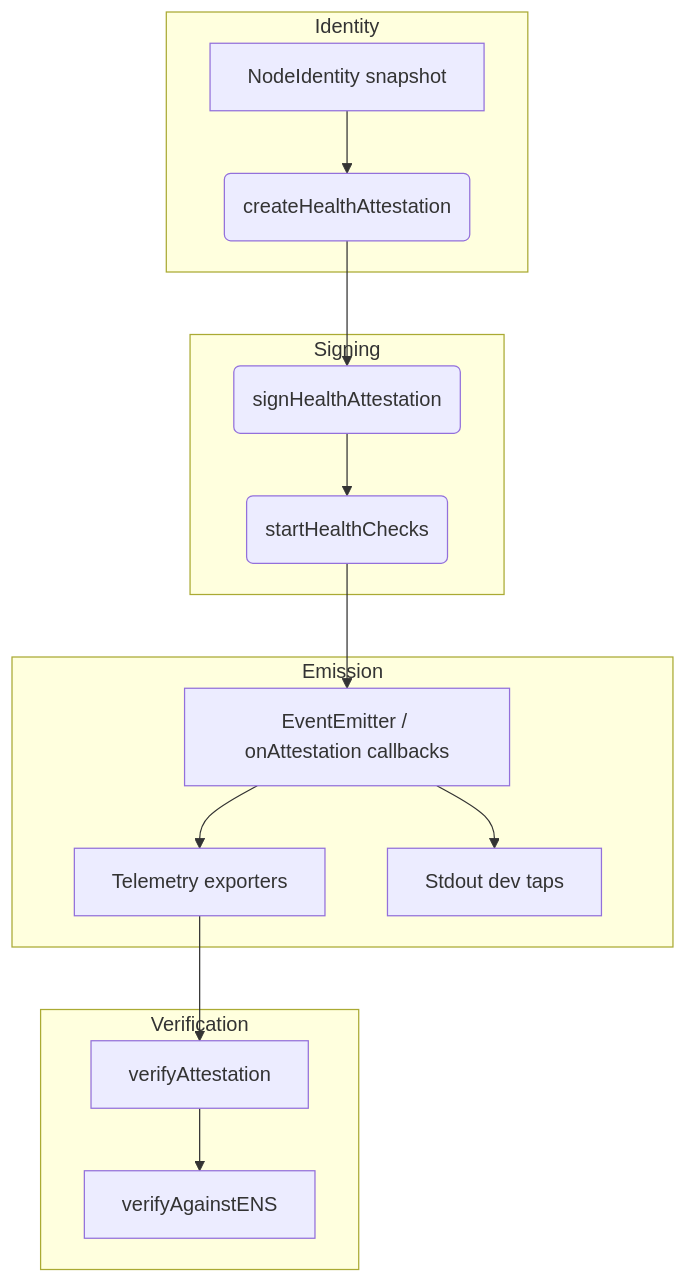
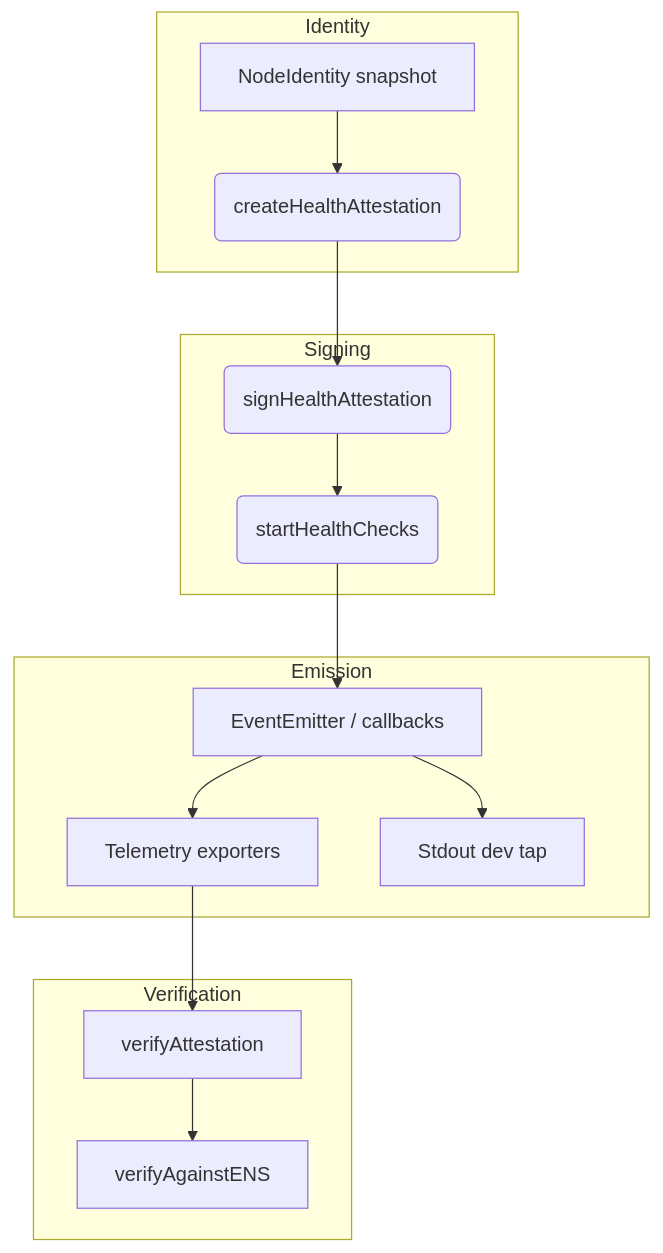
One commit to MontrealAI/AGI-Alpha-Node-v0 changed the third of 4 diagrams in README.md. Above: the diagram before and after it, drawn with Mermaid. The commit also changed other lines of this file, not shown here.

Commit message:
Refresh README with attestation and CI guidance

````diff
--- a/README.md
+++ b/README.md
@@ -130,19 +120,19 @@
 ```mermaid
 flowchart TD
   subgraph Identity
     A[NodeIdentity snapshot] --> B(createHealthAttestation)
   end
   subgraph Signing
     B --> C(signHealthAttestation)
     C --> D(startHealthChecks)
   end
   subgraph Emission
-    D --> E[EventEmitter / onAttestation callbacks]
+    D --> E[EventEmitter / callbacks]
     E --> F[Telemetry exporters]
-    E --> G[Stdout dev taps]
+    E --> G[Stdout dev tap]
   end
   subgraph Verification
     F --> H[verifyAttestation]
     H --> I[verifyAgainstENS]
   end
 ```
````
